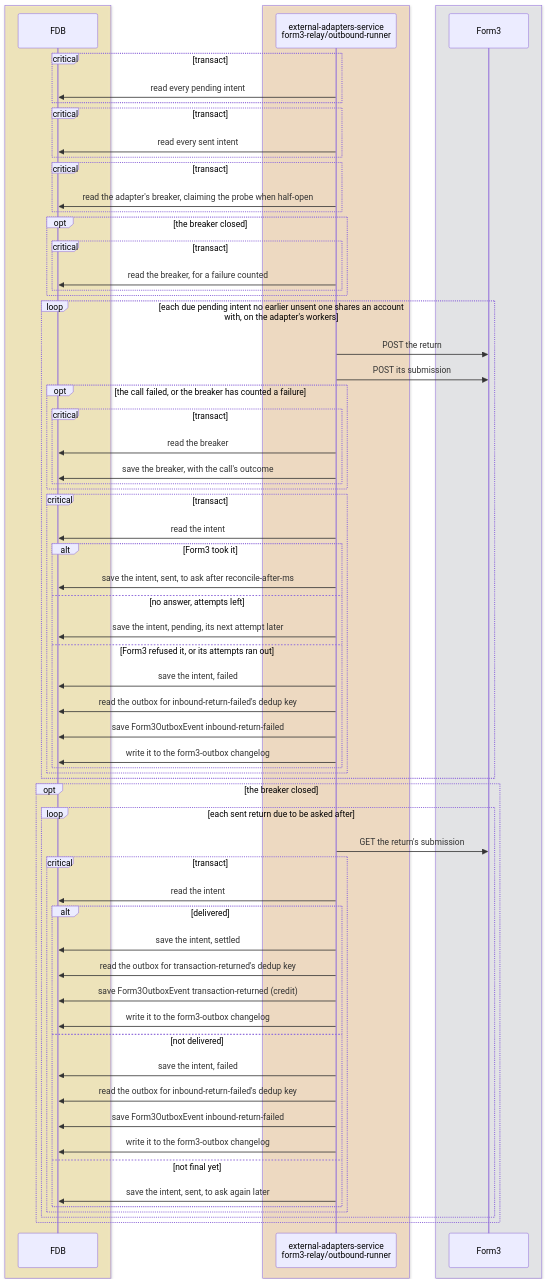
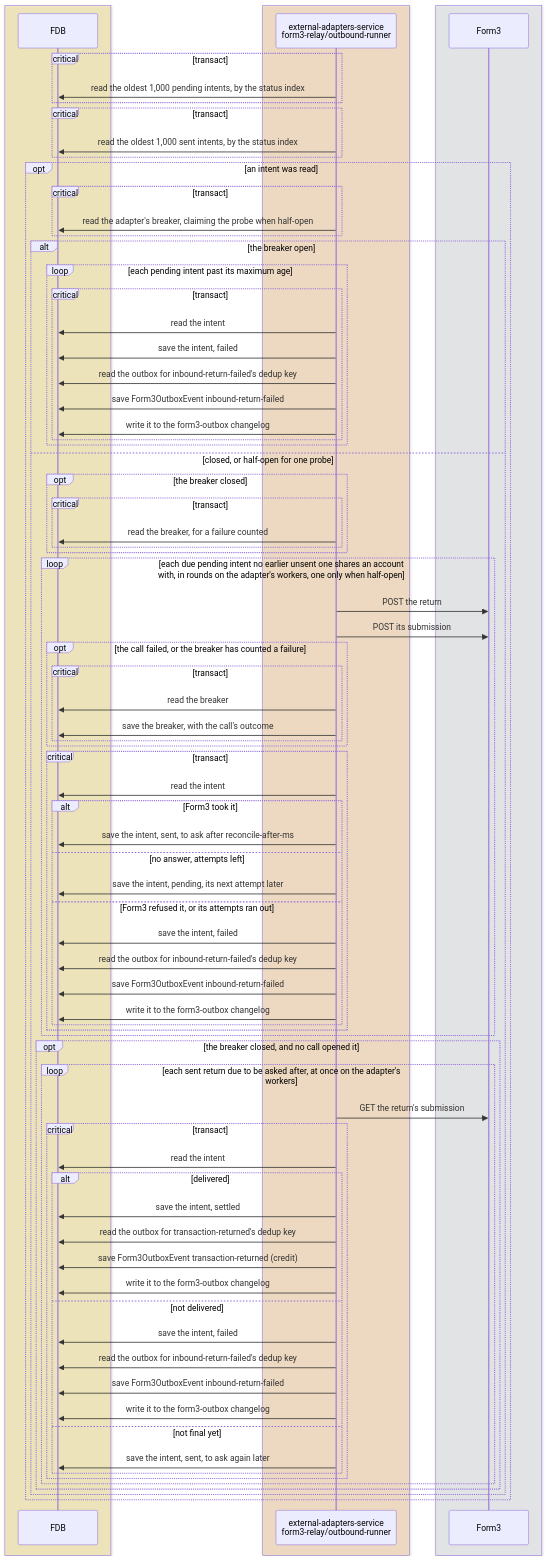
Before and after one commit to repldriven/queenswood: diagram 14 of 15 in docs/tdd/payments-inbound.md, drawn with Mermaid. The commit also changed other lines of this file and 2 other files, not shown here.

Commit message:
Draw each payment flow's FDB calls as the code makes them: balances summed from legs and a row saved only where a bucket opens, batched reads and saves, the policy stamp and the ledger account id cache, and the intent poller's limited reads, rounds and concurrent reconciles

````diff
--- a/docs/tdd/payments-inbound.md
+++ b/docs/tdd/payments-inbound.md
@@ -689,20 +755,32 @@
     participant PR as Form3
     end
     critical transact
-    IP->>DB: read every pending intent
+    IP->>DB: read the oldest 1,000 pending intents, by the status index
     end
     critical transact
-    IP->>DB: read every sent intent
+    IP->>DB: read the oldest 1,000 sent intents, by the status index
     end
+    opt an intent was read
     critical transact
     IP->>DB: read the adapter's breaker, claiming the probe when half-open
     end
+    alt the breaker open
+    loop each pending intent past its maximum age
+    critical transact
+    IP->>DB: read the intent
+    IP->>DB: save the intent, failed
+    IP->>DB: read the outbox for inbound-return-failed's dedup key
+    IP->>DB: save Form3OutboxEvent inbound-return-failed
+    IP->>DB: write it to the form3-outbox changelog
+    end
+    end
+    else closed, or half-open for one probe
     opt the breaker closed
     critical transact
     IP->>DB: read the breaker, for a failure counted
     end
     end
-    loop each due pending intent no earlier unsent one shares an account with, on the adapter's workers
+    loop each due pending intent no earlier unsent one shares an account with, in rounds on the adapter's workers, one only when half-open
     IP->>PR: POST the return
     IP->>PR: POST its submission
     opt the call failed, or the breaker has counted a failure
@@ -725,8 +803,8 @@
     end
     end
     end
-    opt the breaker closed
-    loop each sent return due to be asked after
+    opt the breaker closed, and no call opened it
+    loop each sent return due to be asked after, at once on the adapter's workers
     IP->>PR: GET the return's submission
     critical transact
     IP->>DB: read the intent
@@ -746,4 +824,6 @@
     end
     end
     end
+    end
+    end
 ```
````
